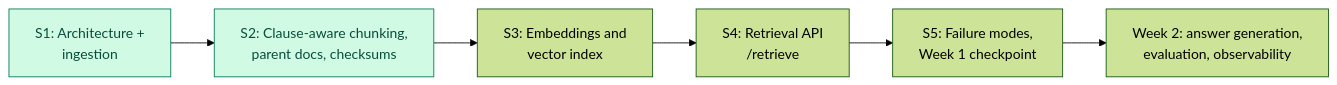
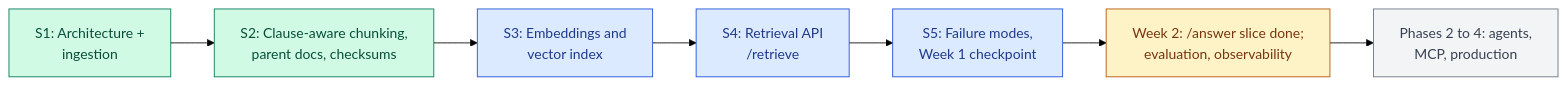
One commit to bharathk5678/NexaAssist changed the eighth of 8 diagrams in README.md. Above: the diagram before and after it, drawn with Mermaid (forest theme). The commit also changed other lines of this file, not shown here.

Commit message:
docs: fix and color README diagrams
- Rename the ingestion sequence diagram alias that conflicted with Mermaid syntax
- Color the roadmap nodes to reflect implementation and verification status

````diff
--- a/README.md
+++ b/README.md
@@ -854,10 +854,14 @@
 ```mermaid
 flowchart LR
     S1["S1: Architecture +<br/>ingestion"]:::done --> S2["S2: Clause-aware chunking,<br/>parent docs, checksums"]:::done
-    S2 --> S3["S3: Embeddings and<br/>vector index"]
-    S3 --> S4["S4: Retrieval API<br/>/retrieve"]
-    S4 --> S5["S5: Failure modes,<br/>Week 1 checkpoint"]
-    S5 --> W2["Week 2: answer generation,<br/>evaluation, observability"]
+    S2 --> S3["S3: Embeddings and<br/>vector index"]:::offline
+    S3 --> S4["S4: Retrieval API<br/>/retrieve"]:::offline
+    S4 --> S5["S5: Failure modes,<br/>Week 1 checkpoint"]:::offline
+    S5 --> W2["Week 2: /answer slice done;<br/>evaluation, observability"]:::partial
+    W2 --> P2["Phases 2 to 4: agents,<br/>MCP, production"]:::planned
 
     classDef done fill:#d1fae5,stroke:#047857,color:#064e3b
+    classDef offline fill:#dbeafe,stroke:#1d4ed8,color:#1e3a8a
+    classDef partial fill:#fef3c7,stroke:#b45309,color:#78350f
+    classDef planned fill:#f3f4f6,stroke:#6b7280,color:#374151
 ```
````
